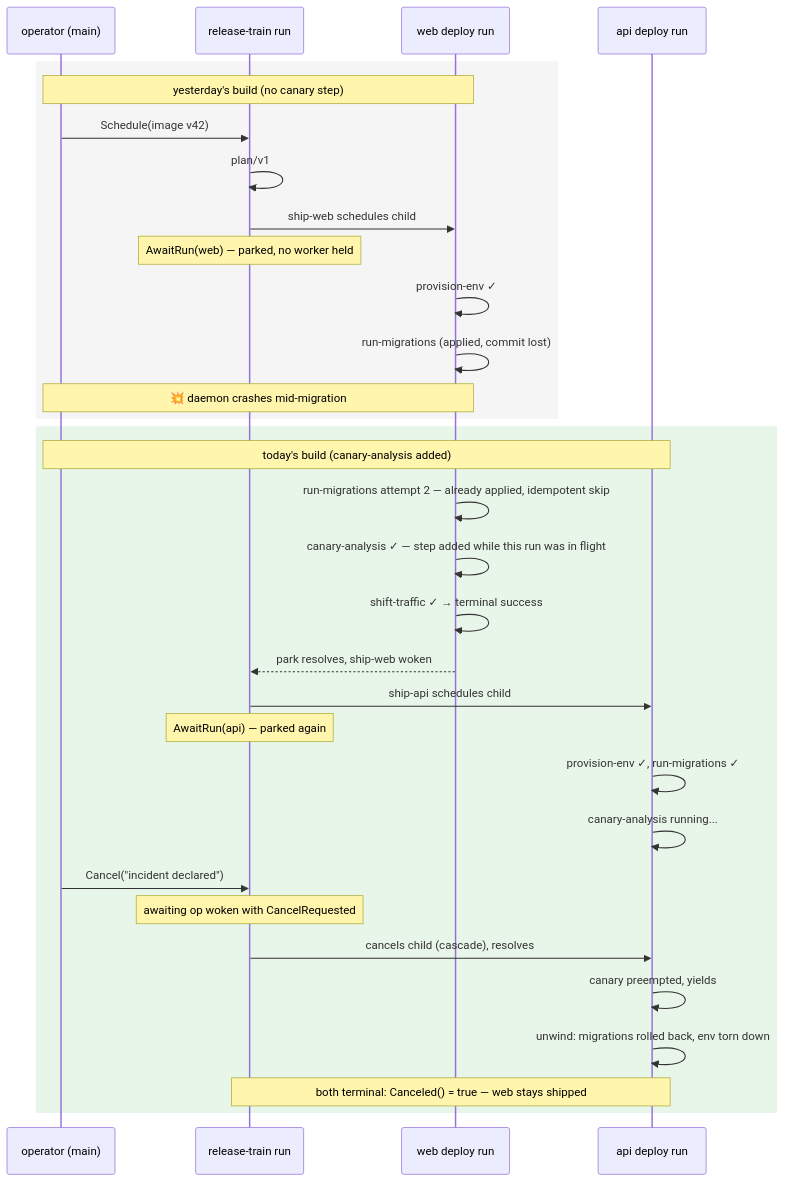
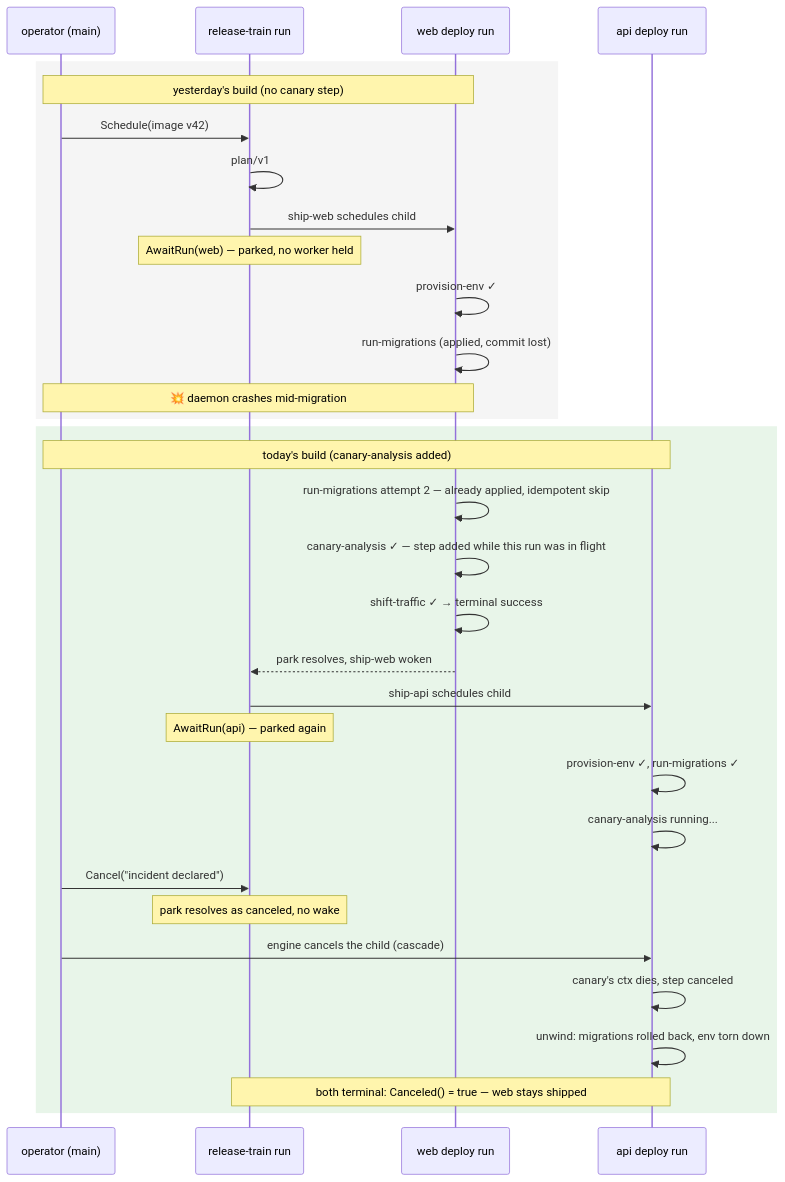
The second of 2 diagrams in examples/release-train/README.md (dangra/durable), drawn with Mermaid before and after one commit. The commit also changed other lines of this file and 45 other files, not shown here.

````diff
--- a/examples/release-train/README.md
+++ b/examples/release-train/README.md
@@ -50,36 +50,36 @@
 ```mermaid
 sequenceDiagram
     participant Op as operator (main)
     participant T as release-train run
     participant W as web deploy run
     participant A as api deploy run
 
     rect rgb(245,245,245)
         note over Op,W: yesterday's build (no canary step)
         Op->>T: Schedule(image v42)
         T->>T: plan/v1
         T->>W: ship-web schedules child
         note over T: AwaitRun(web) — parked, no worker held
         W->>W: provision-env ✓
         W->>W: run-migrations (applied, commit lost)
         note over Op,W: 💥 daemon crashes mid-migration
     end
 
     rect rgb(232,245,233)
         note over Op,A: today's build (canary-analysis added)
         W->>W: run-migrations attempt 2 — already applied, idempotent skip
         W->>W: canary-analysis ✓ — step added while this run was in flight
         W->>W: shift-traffic ✓ → terminal success
         W-->>T: park resolves, ship-web woken
         T->>A: ship-api schedules child
         note over T: AwaitRun(api) — parked again
         A->>A: provision-env ✓, run-migrations ✓
         A->>A: canary-analysis running...
         Op->>T: Cancel("incident declared")
-        note over T: awaiting op woken with CancelRequested
-        T->>A: cancels child (cascade), resolves
-        A->>A: canary preempted, yields
+        note over T: park resolves as canceled, no wake
+        Op->>A: engine cancels the child (cascade)
+        A->>A: canary's ctx dies, step canceled
         A->>A: unwind: migrations rolled back, env torn down
         note over T,A: both terminal: Canceled() = true — web stays shipped
     end
 ```
````
